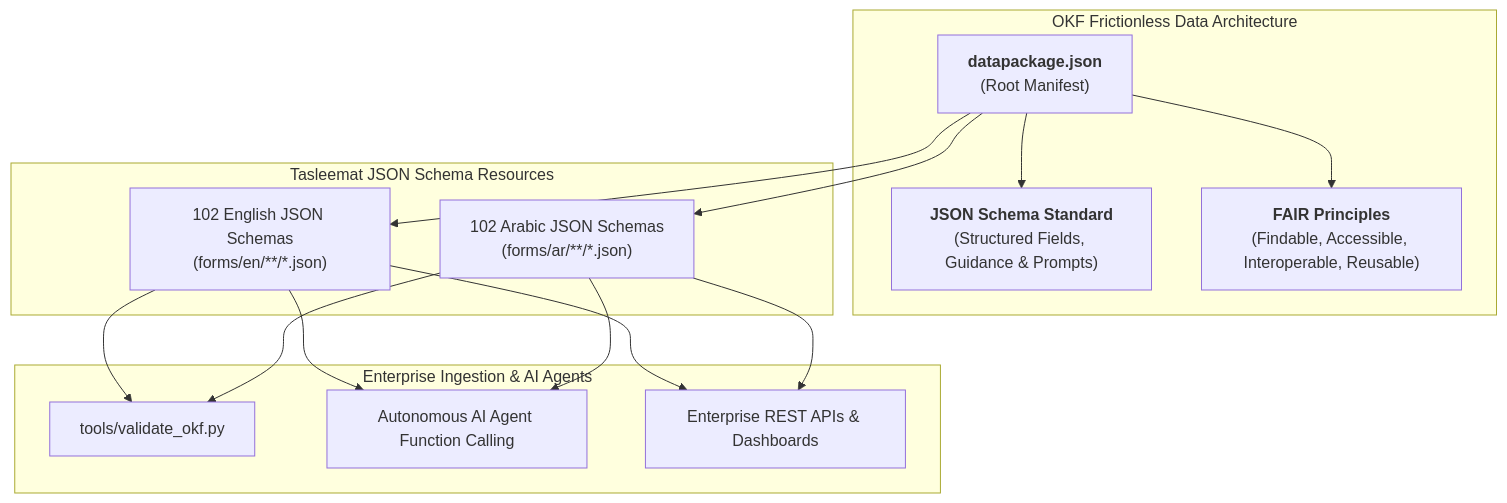
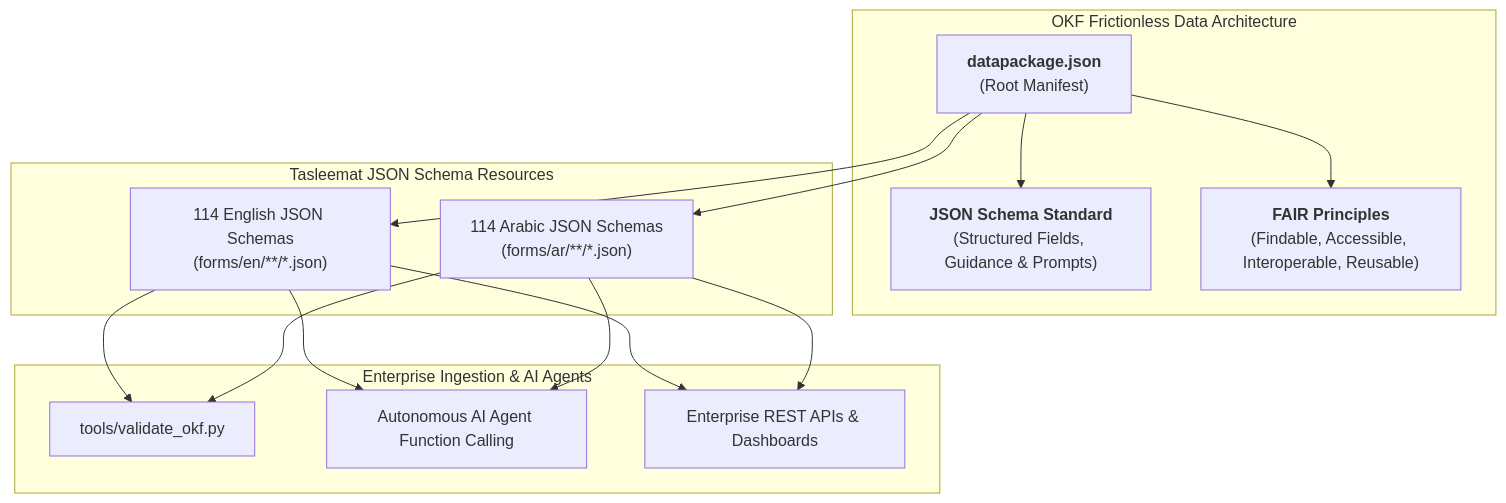
The diagram in docs/en/12_open_knowledge_framework.md (fakhruldeen/Tasleemat), drawn with Mermaid before and after one commit. The commit also changed other lines of this file and 48 other files, not shown here.

````diff
--- a/docs/en/12_open_knowledge_framework.md
+++ b/docs/en/12_open_knowledge_framework.md
@@ -36,26 +36,26 @@
 ```mermaid
 flowchart TD
     subgraph "OKF Frictionless Data Architecture"
         DP["<b>datapackage.json</b><br/>(Root Manifest)"]
         JS["<b>JSON Schema Standard</b><br/>(Structured Fields, Guidance & Prompts)"]
         FAIR["<b>FAIR Principles</b><br/>(Findable, Accessible, Interoperable, Reusable)"]
         DP --> JS
         DP --> FAIR
     end
 
     subgraph "Tasleemat JSON Schema Resources"
-        EN_RES["102 English JSON Schemas<br/>(forms/en/**/*.json)"]
-        AR_RES["102 Arabic JSON Schemas<br/>(forms/ar/**/*.json)"]
+        EN_RES["114 English JSON Schemas<br/>(forms/en/**/*.json)"]
+        AR_RES["114 Arabic JSON Schemas<br/>(forms/ar/**/*.json)"]
         DP --> EN_RES
         DP --> AR_RES
     end
 
     subgraph "Enterprise Ingestion & AI Agents"
         V["tools/validate_okf.py"]
         LLM["Autonomous AI Agent Function Calling"]
         API["Enterprise REST APIs & Dashboards"]
         EN_RES & AR_RES --> V
         EN_RES & AR_RES --> LLM
         EN_RES & AR_RES --> API
     end
 ```
````
